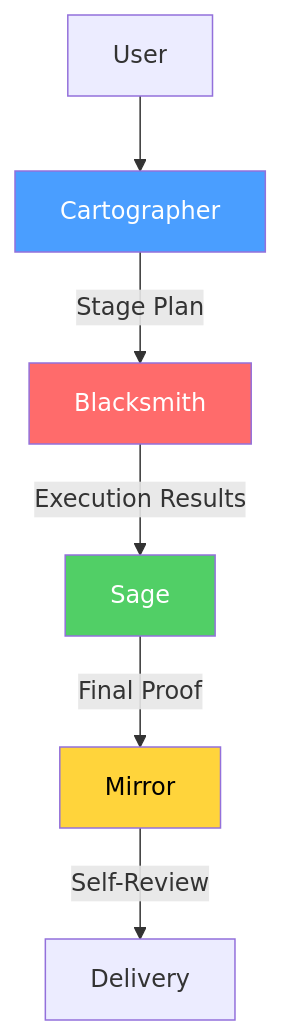
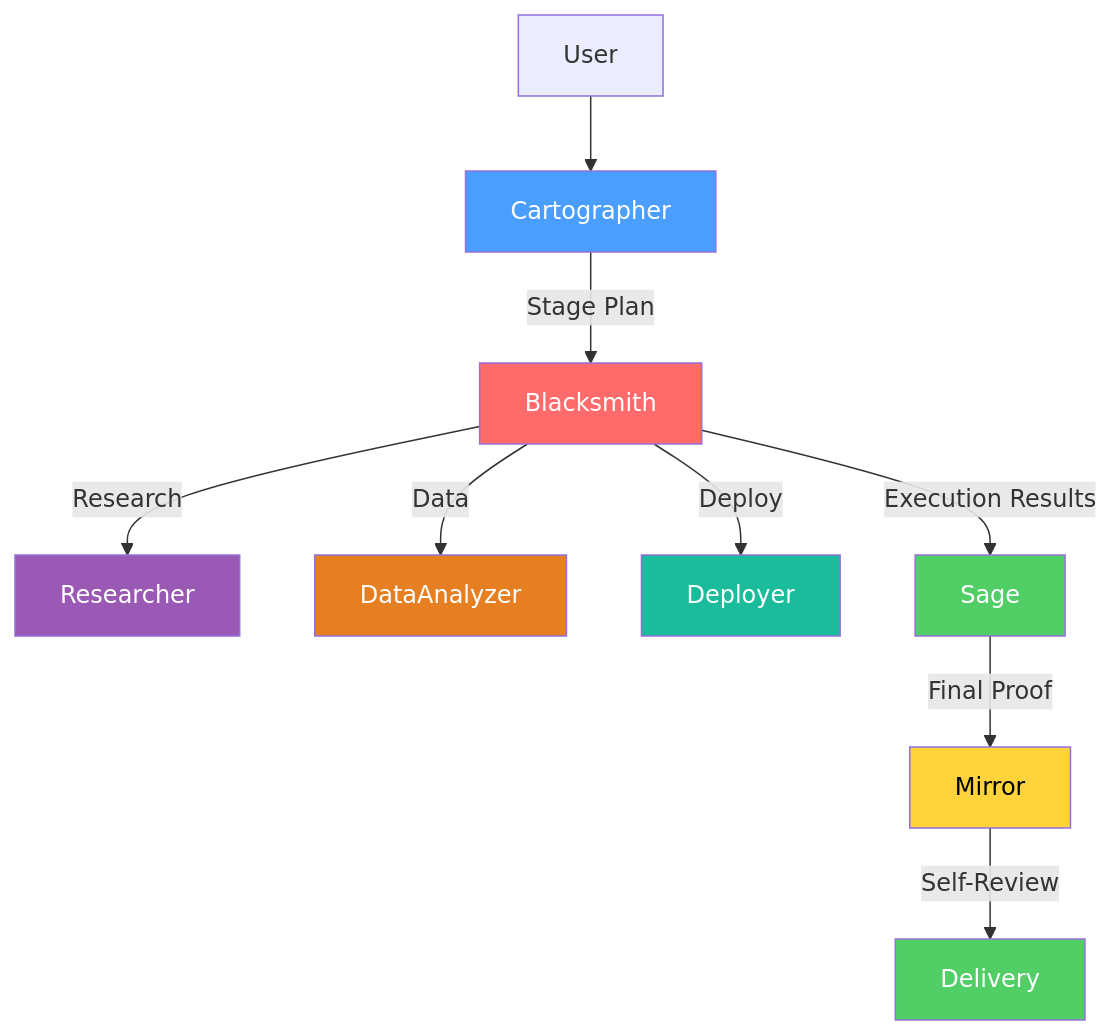
One commit to bmo1177/fable-mode changed the third of 4 diagrams in README.md. Above: the diagram before and after it, drawn with Mermaid. The commit also changed other lines of this file and 9 other files, not shown here.

````diff
--- a/README.md
+++ b/README.md
@@ -249,13 +257,20 @@
 ```mermaid
 graph TD
     U[User] --> C[Cartographer]
     C -->|Stage Plan| B[Blacksmith]
+    B -->|Research| R[Researcher]
+    B -->|Data| D[DataAnalyzer]
+    B -->|Deploy| DP[Deployer]
     B -->|Execution Results| S[Sage]
     S -->|Final Proof| M[Mirror]
-    M -->|Self-Review| D[Delivery]
+    M -->|Self-Review| DL[Delivery]
 
     style C fill:#4a9eff,color:#fff
     style B fill:#ff6b6b,color:#fff
+    style R fill:#9b59b6,color:#fff
+    style D fill:#e67e22,color:#fff
+    style DP fill:#1abc9c,color:#fff
     style S fill:#51cf66,color:#fff
     style M fill:#ffd43b,color:#000
+    style DL fill:#51cf66,color:#fff
 ```
````
